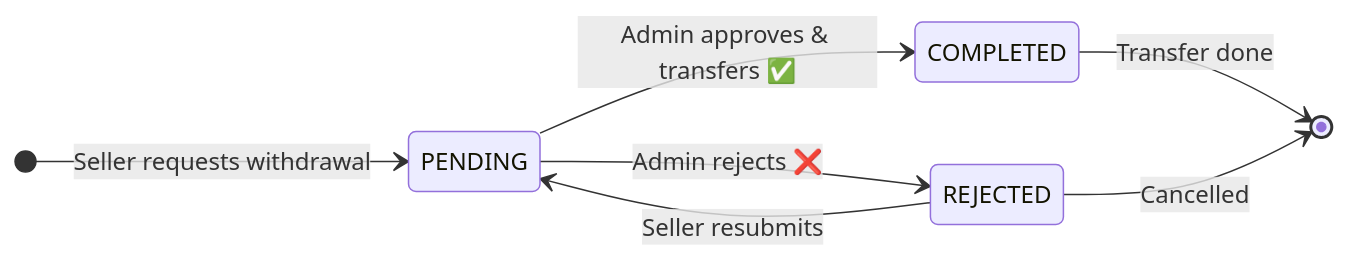
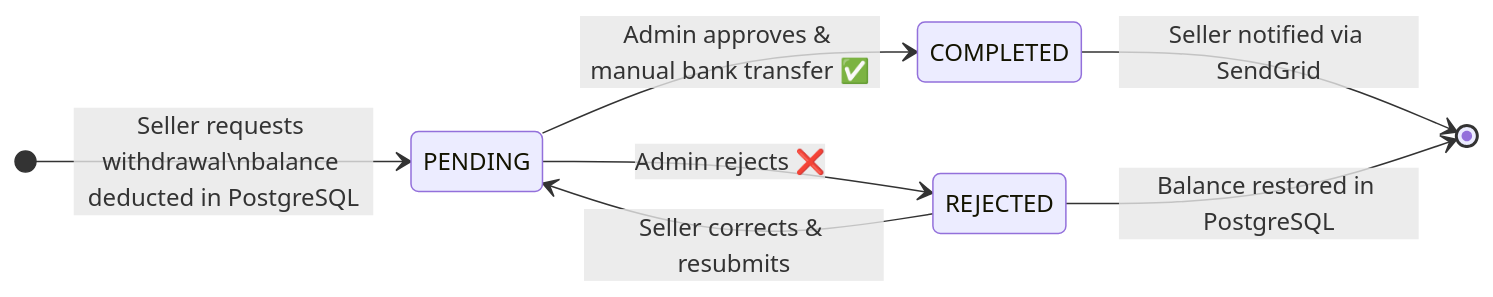
One commit to tayeb736/prohect12 changed the ninth of 10 diagrams in diagrams/03_state_machine_diagram.md. Above: the diagram before and after it, drawn with Mermaid. The commit also changed other lines of this file and 7 other files, not shown here.

Commit message:
docs: update all UML diagrams — add PostgreSQL, Redis, S3, Stripe, SendGrid, KYC, Swagger per readme2 & README3

````diff
--- a/diagrams/03_state_machine_diagram.md
+++ b/diagrams/03_state_machine_diagram.md
@@ -127,10 +180,10 @@
 ```mermaid
 stateDiagram-v2
   direction LR
-  [*] --> PENDING : Seller requests withdrawal
-  PENDING --> COMPLETED : Admin approves & transfers ✅
+  [*] --> PENDING : Seller requests withdrawal\nbalance deducted in PostgreSQL
+  PENDING --> COMPLETED : Admin approves & manual bank transfer ✅
   PENDING --> REJECTED : Admin rejects ❌
-  REJECTED --> PENDING : Seller resubmits
-  COMPLETED --> [*] : Transfer done
-  REJECTED --> [*] : Cancelled
+  REJECTED --> PENDING : Seller corrects & resubmits
+  COMPLETED --> [*] : Seller notified via SendGrid
+  REJECTED --> [*] : Balance restored in PostgreSQL
 ```
````
